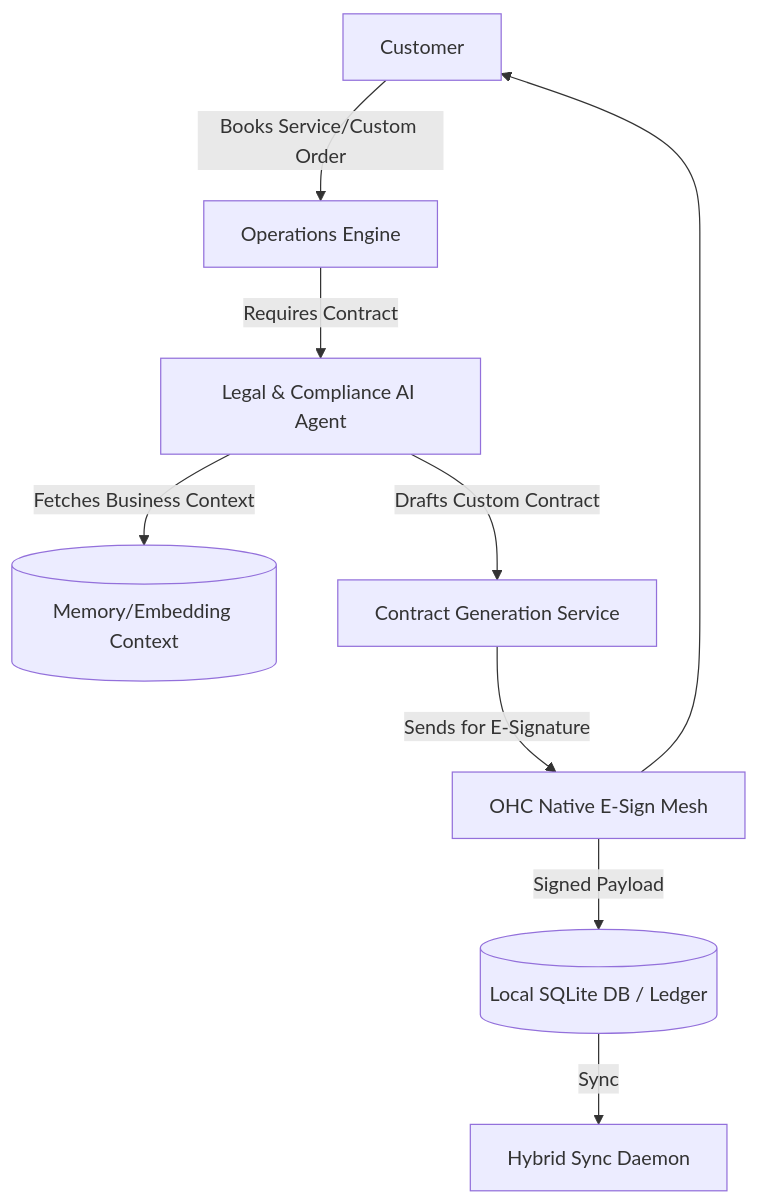
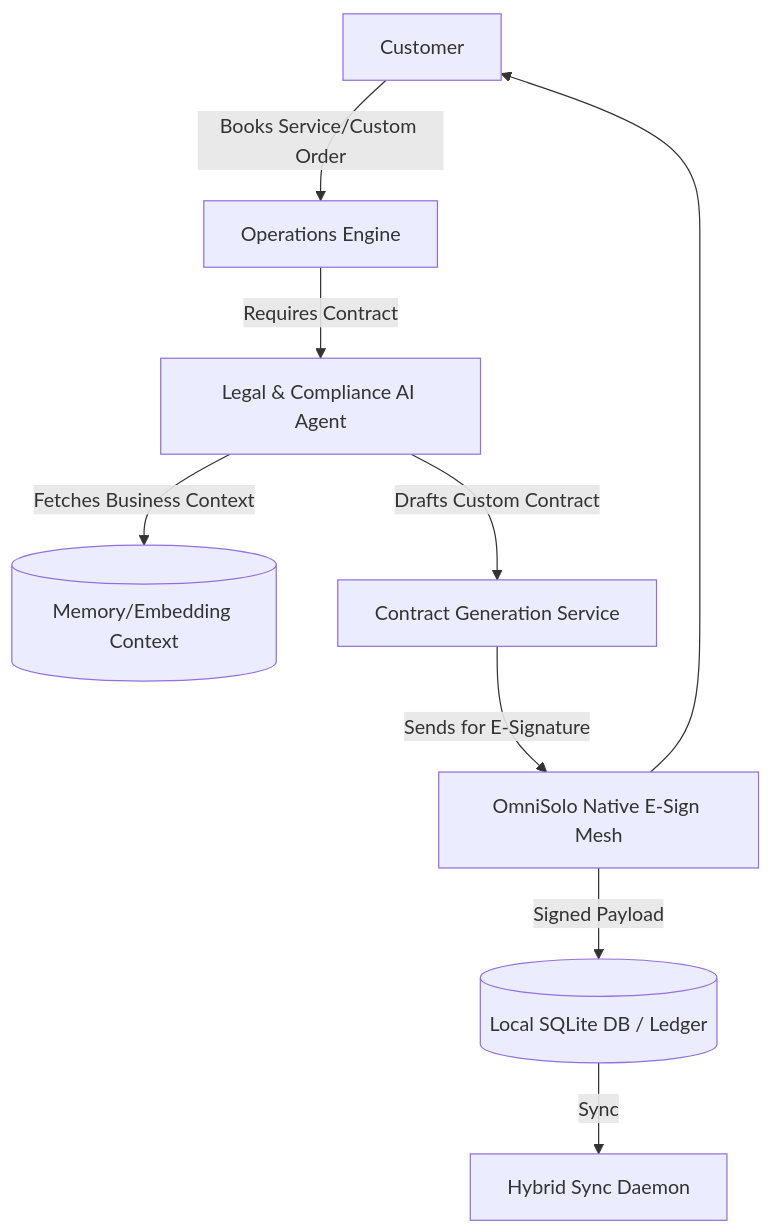
One commit to omnisolo-llc/onehumancorp changed the diagram in docs/research/[architecture]_autonomous_legal_and_compliance_protector_engine.md. Above: the diagram before and after it, drawn with Mermaid. The commit also changed other lines of this file and 2191 other files, not shown here.

Commit message:
feat: complete OmniSolo rename and browser audit

````diff
--- a/docs/research/[architecture]_autonomous_legal_and_compliance_protector_engine.md
+++ b/docs/research/[architecture]_autonomous_legal_and_compliance_protector_engine.md
@@ -17,11 +17,11 @@
 ```mermaid
 graph TD;
     Customer[Customer] -->|Books Service/Custom Order| OperationsEngine[Operations Engine];
     OperationsEngine -->|Requires Contract| LegalAgent[Legal & Compliance AI Agent];
     LegalAgent -->|Fetches Business Context| RAG[(Memory/Embedding Context)];
     LegalAgent -->|Drafts Custom Contract| ContractGenerator[Contract Generation Service];
-    ContractGenerator -->|Sends for E-Signature| SignatureService[OHC Native E-Sign Mesh];
+    ContractGenerator -->|Sends for E-Signature| SignatureService[OmniSolo Native E-Sign Mesh];
     SignatureService --> Customer;
     SignatureService -->|Signed Payload| LocalDB[(Local SQLite DB / Ledger)];
     LocalDB -->|Sync| CloudSync[Hybrid Sync Daemon];
 ```
````
